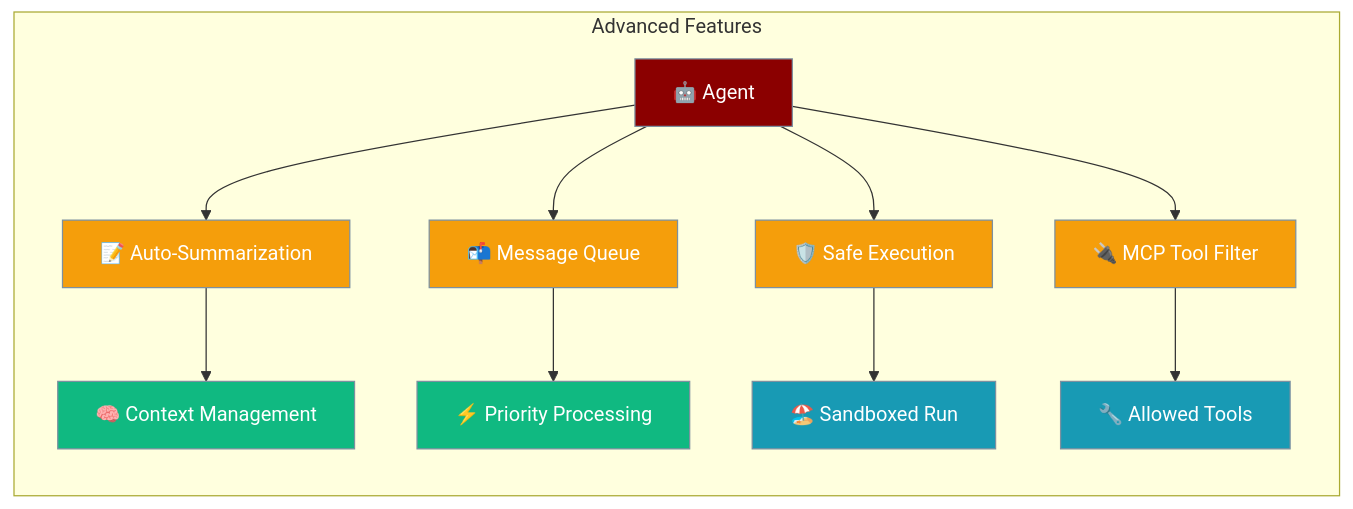
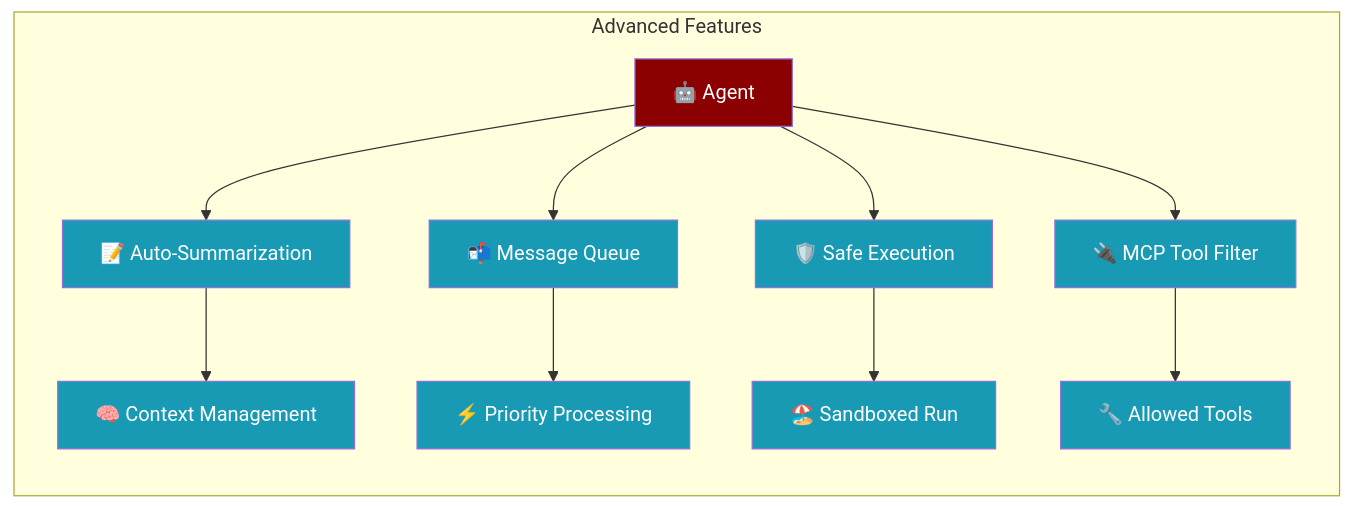
The diagram in docs/features/advanced-features.mdx (MervinPraison/PraisonAIDocs), drawn with Mermaid before and after one commit. The commit also changed 24 other files, not shown here.

````diff
--- a/docs/features/advanced-features.mdx
+++ b/docs/features/advanced-features.mdx
@@ -9,23 +9,19 @@
 ```mermaid
 graph LR
     subgraph "Advanced Features"
         Agent[🤖 Agent] --> AutoSumm[📝 Auto-Summarization]
         Agent --> MsgQueue[📬 Message Queue]
         Agent --> SafeExec[🛡️ Safe Execution]
         Agent --> MCPFilter[🔌 MCP Tool Filter]
         AutoSumm --> CtxMgmt[🧠 Context Management]
         MsgQueue --> Priority[⚡ Priority Processing]
         SafeExec --> Sandbox[🏖️ Sandboxed Run]
         MCPFilter --> Tools[🔧 Allowed Tools]
     end
 
-    classDef agent fill:#8B0000,stroke:#7C90A0,color:#fff
-    classDef feature fill:#F59E0B,stroke:#7C90A0,color:#fff
-    classDef result fill:#10B981,stroke:#7C90A0,color:#fff
-    classDef safety fill:#189AB4,stroke:#7C90A0,color:#fff
+    classDef agent fill:#8B0000,color:#fff
+    classDef tool fill:#189AB4,color:#fff
 
     class Agent agent
-    class AutoSumm,MsgQueue,SafeExec,MCPFilter feature
-    class CtxMgmt,Priority result
-    class Sandbox,Tools safety
+    class AutoSumm,MsgQueue,SafeExec,MCPFilter,CtxMgmt,Priority,Sandbox,Tools tool
 ```
````
